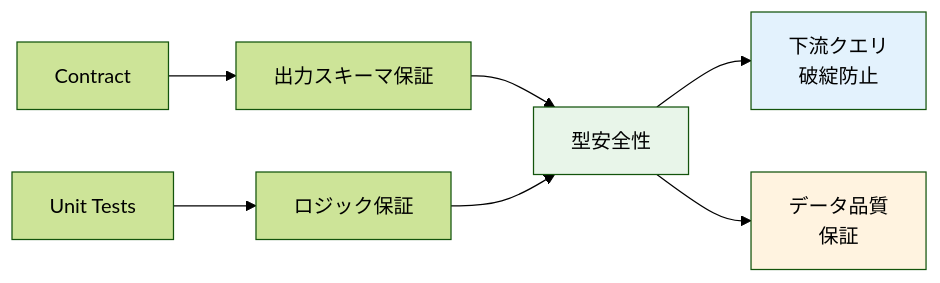
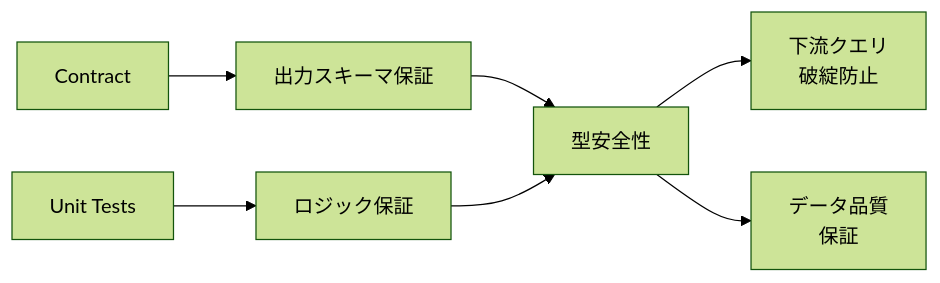
Before and after one commit to 1210yuichi0/1210yuichi0.github.io: the second of 7 diagrams in content/Tech/dbt/features/contracts-config.md, drawn with Mermaid (forest theme). The commit also changed other lines of this file and 22 other files, not shown here.

First line of the commit message:
style: remove Mermaid style directives for dark mode compatibility

````diff
--- a/content/Tech/dbt/features/contracts-config.md
+++ b/content/Tech/dbt/features/contracts-config.md
@@ -144,15 +142,12 @@
 ```mermaid
 flowchart LR
     A[Contract] --> C[出力スキーマ保証]
     B[Unit Tests] --> D[ロジック保証]
 
     C --> E[型安全性]
     D --> E
 
     E --> F[下流クエリ<br/>破綻防止]
     E --> G[データ品質<br/>保証]
 
-    style E fill:#e8f5e9
-    style F fill:#e3f2fd
-    style G fill:#fff3e0
 ```
````
